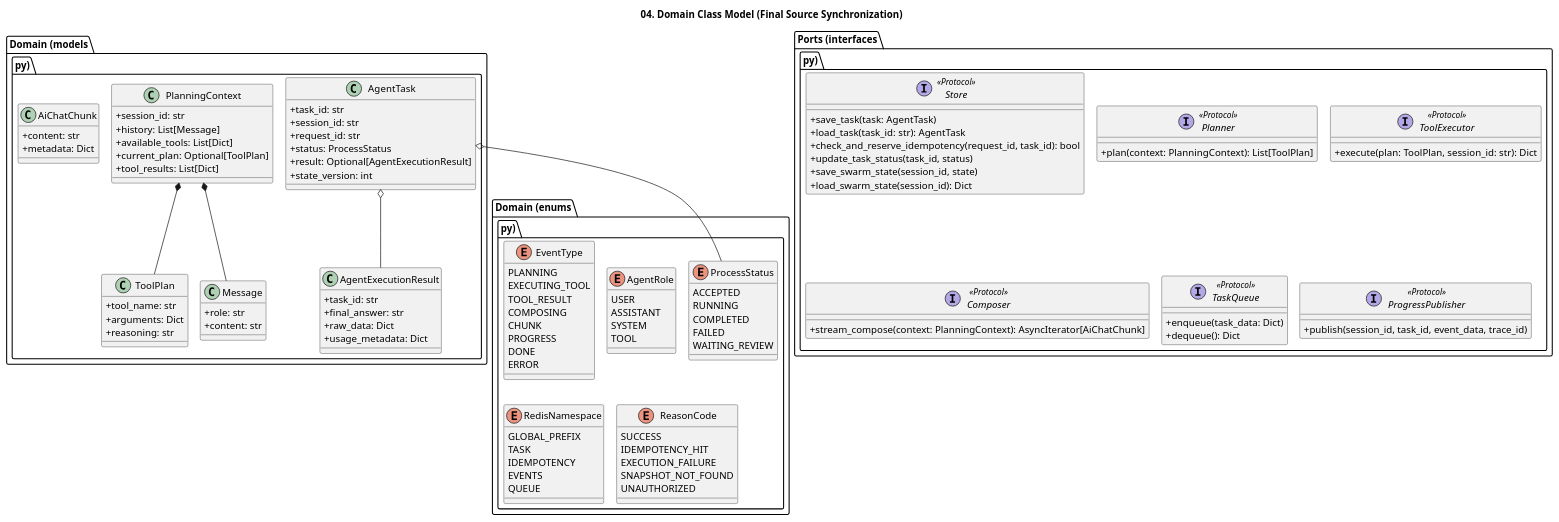
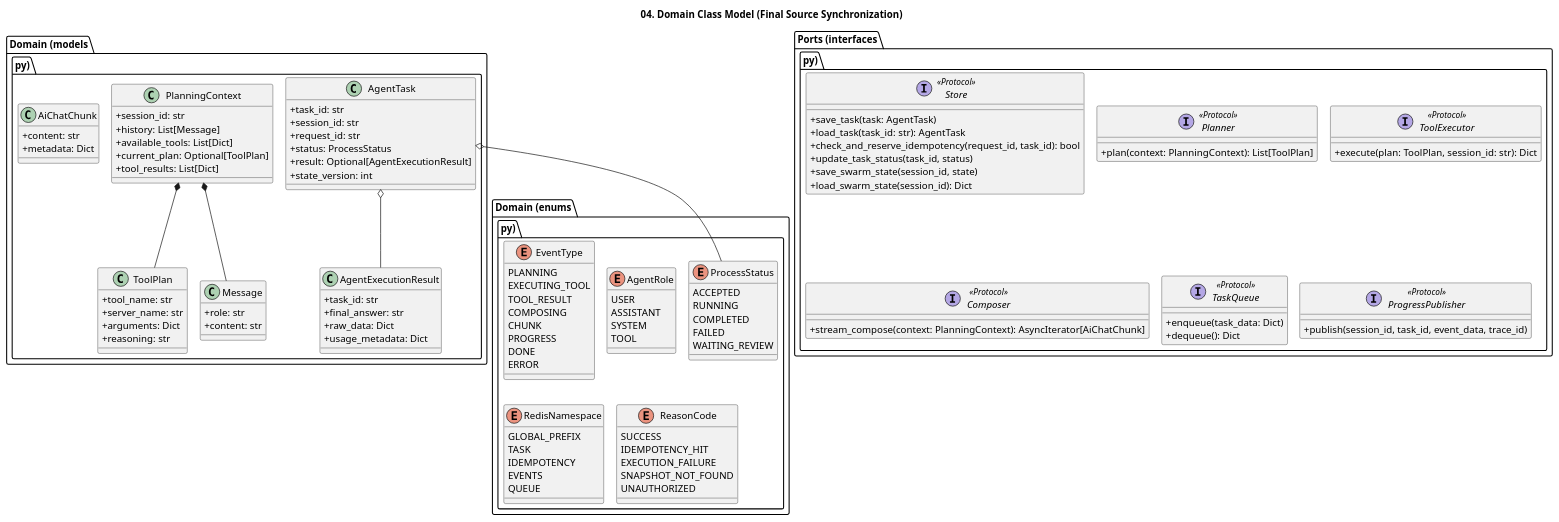
Before and after one commit to kim57uak/smart-supervisor-sub-agent: the diagram in a2a-subagent-architecture/04-domain-class-model.puml, drawn with PlantUML. The commit also changed 25 other files, not shown here.

```diff
--- a/a2a-subagent-architecture/04-domain-class-model.puml
+++ b/a2a-subagent-architecture/04-domain-class-model.puml
@@ -1,131 +1,132 @@
 @startuml
 !pragma layout smetana
 title 04. Domain Class Model (Final Source Synchronization)
 
 skinparam shadowing false
 skinparam classAttributeIconSize 0
 
 package "Domain (enums.py)" {
   enum ProcessStatus {
     ACCEPTED
     RUNNING
     COMPLETED
     FAILED
     WAITING_REVIEW
   }
 
   enum EventType {
     PLANNING
     EXECUTING_TOOL
     TOOL_RESULT
     COMPOSING
     CHUNK
     PROGRESS
     DONE
     ERROR
   }
 
   enum AgentRole {
     USER
     ASSISTANT
     SYSTEM
     TOOL
   }
 
   enum RedisNamespace {
     GLOBAL_PREFIX
     TASK
     IDEMPOTENCY
     EVENTS
     QUEUE
   }
 
   enum ReasonCode {
     SUCCESS
     IDEMPOTENCY_HIT
     EXECUTION_FAILURE
     SNAPSHOT_NOT_FOUND
     UNAUTHORIZED
   }
 }
 
 package "Domain (models.py)" {
   class AgentTask {
     +task_id: str
     +session_id: str
     +request_id: str
     +status: ProcessStatus
     +result: Optional[AgentExecutionResult]
     +state_version: int
   }
 
   class PlanningContext {
     +session_id: str
     +history: List[Message]
     +available_tools: List[Dict]
     +current_plan: Optional[ToolPlan]
     +tool_results: List[Dict]
   }
 
   class ToolPlan {
     +tool_name: str
+    +server_name: str
     +arguments: Dict
     +reasoning: str
   }
 
   class AiChatChunk {
     +content: str
     +metadata: Dict
   }
 
   class AgentExecutionResult {
     +task_id: str
     +final_answer: str
     +raw_data: Dict
     +usage_metadata: Dict
   }
 
   class Message {
     +role: str
     +content: str
   }
 }
 
 package "Ports (interfaces.py)" {
   interface Store <<Protocol>> {
     +save_task(task: AgentTask)
     +load_task(task_id: str): AgentTask
     +check_and_reserve_idempotency(request_id, task_id): bool
     +update_task_status(task_id, status)
     +save_swarm_state(session_id, state)
     +load_swarm_state(session_id): Dict
   }
 
   interface Planner <<Protocol>> {
     +plan(context: PlanningContext): List[ToolPlan]
   }
 
   interface ToolExecutor <<Protocol>> {
     +execute(plan: ToolPlan, session_id: str): Dict
   }
 
   interface Composer <<Protocol>> {
     +stream_compose(context: PlanningContext): AsyncIterator[AiChatChunk]
   }
 
   interface TaskQueue <<Protocol>> {
     +enqueue(task_data: Dict)
     +dequeue(): Dict
   }
 
   interface ProgressPublisher <<Protocol>> {
     +publish(session_id, task_id, event_data, trace_id)
   }
 }
 
 AgentTask o-- ProcessStatus
 AgentTask o-- AgentExecutionResult
 PlanningContext *-- ToolPlan
 PlanningContext *-- Message
 
 @enduml
```
